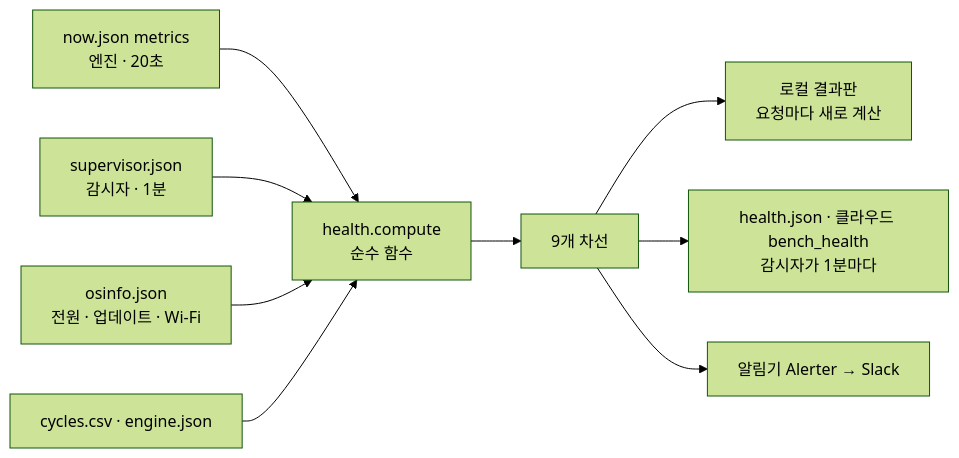
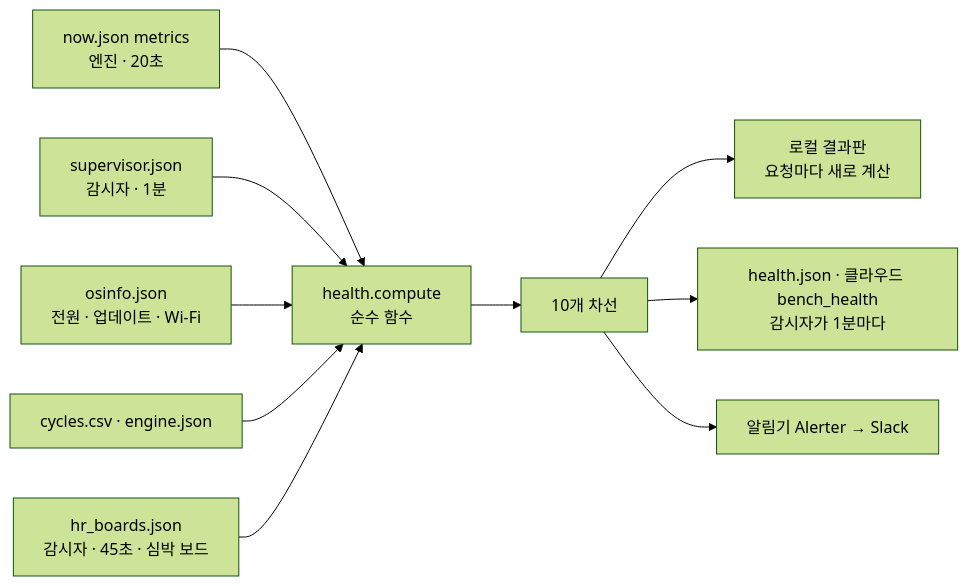
Diagram 16 of 21 in cell-bench/docs/system-map.md (GeonwooKim-fitogether/QA-Automation-Test-Room), drawn with Mermaid (forest theme) before and after one commit. The commit also changed other lines of this file and 14 other files, not shown here.

````diff
--- a/cell-bench/docs/system-map.md
+++ b/cell-bench/docs/system-map.md
@@ -550,11 +550,12 @@
 ```mermaid
 flowchart LR
   a["now.json metrics<br/>엔진 · 20초"] --> hc
   b["supervisor.json<br/>감시자 · 1분"] --> hc
   c["osinfo.json<br/>전원 · 업데이트 · Wi-Fi"] --> hc
   d["cycles.csv · engine.json"] --> hc
-  hc["health.compute<br/>순수 함수"] --> ln["9개 차선"]
+  e["hr_boards.json<br/>감시자 · 45초 · 심박 보드"] --> hc
+  hc["health.compute<br/>순수 함수"] --> ln["10개 차선"]
   ln --> lo["로컬 결과판<br/>요청마다 새로 계산"]
   ln --> hj["health.json · 클라우드 bench_health<br/>감시자가 1분마다"]
   ln --> al["알림기 Alerter → Slack"]
 ```
````
